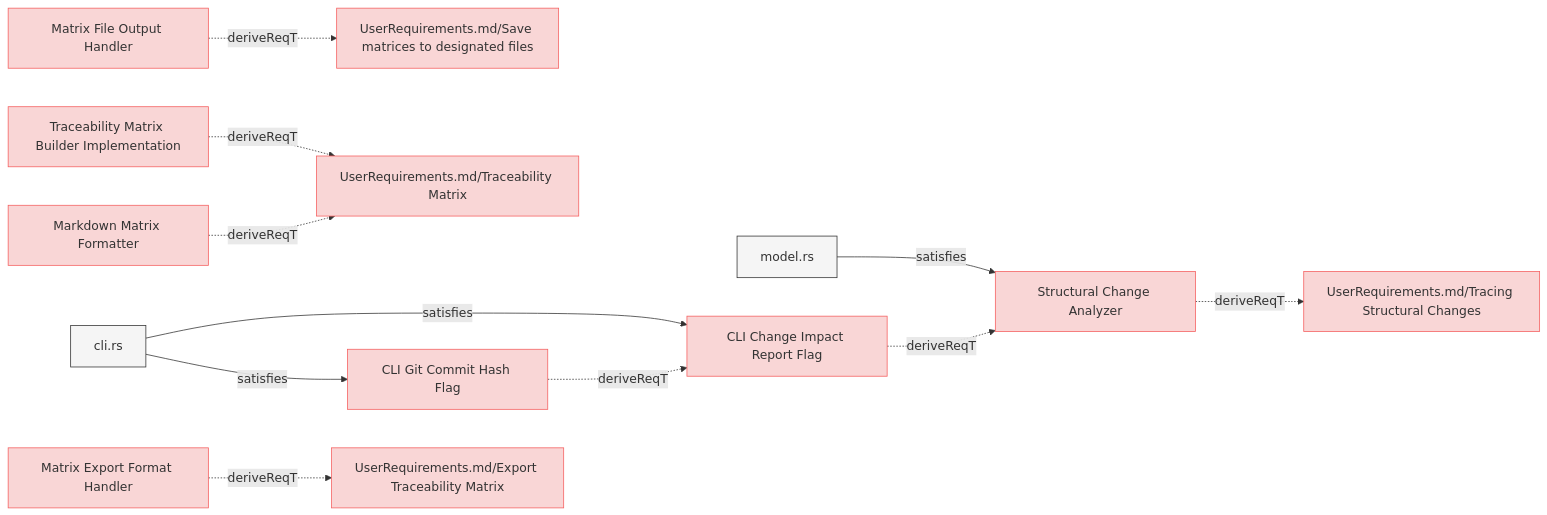
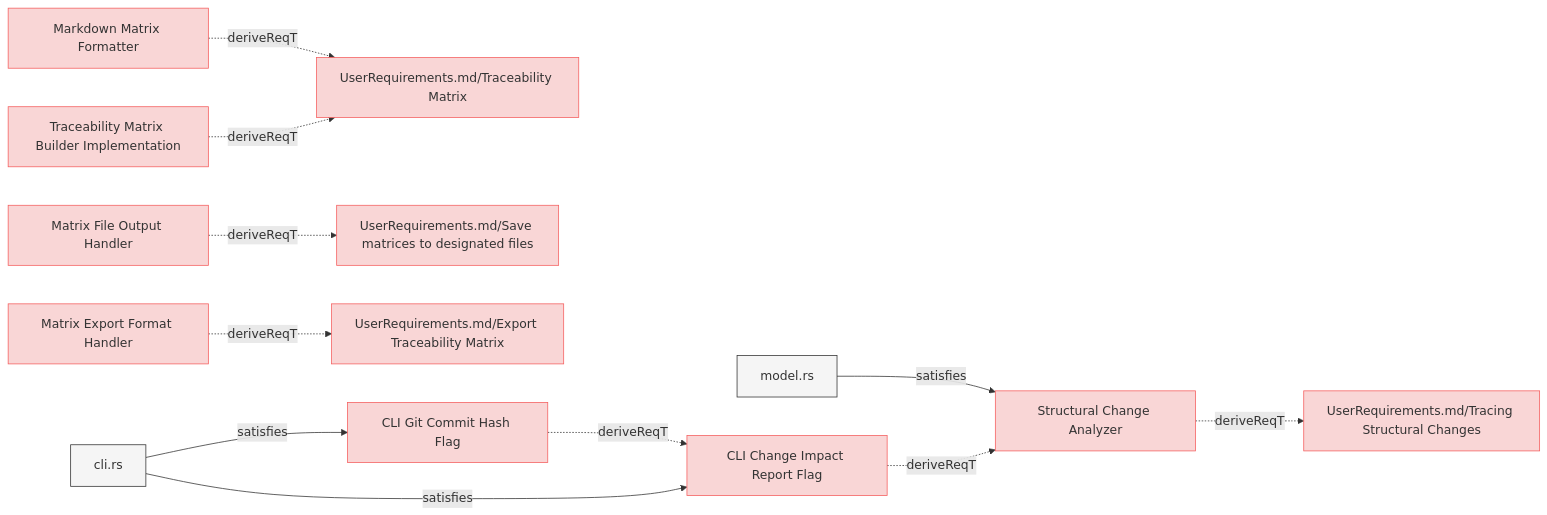
Before and after one commit to reqvire-org/reqvire: the sixth of 8 diagrams in specifications/SystemRequirements/Requirements.md, drawn with Mermaid. The commit also changed other lines of this file and 14 other files, not shown here.

Commit message:
Diagram fixes

````diff
--- a/specifications/SystemRequirements/Requirements.md
+++ b/specifications/SystemRequirements/Requirements.md
@@ -727,58 +727,58 @@
 ```mermaid
 graph LR;
   %% Graph styling
   classDef requirement fill:#f9d6d6,stroke:#f55f5f,stroke-width:1px;
   classDef verification fill:#d6f9d6,stroke:#5fd75f,stroke-width:1px;
   classDef externalLink fill:#d0e0ff,stroke:#3080ff,stroke-width:1px;
   classDef default fill:#f5f5f5,stroke:#333333,stroke-width:1px;
 
   918cc4a26d642f30["Structural Change Analyzer"];
   click 918cc4a26d642f30 "Requirements.md#structural-change-analyzer";
   class 918cc4a26d642f30 requirement;
   91ebf7e73d5ac081["UserRequirements.md/Tracing Structural Changes"];
   class 91ebf7e73d5ac081 requirement;
   click 91ebf7e73d5ac081 "../UserRequirements.md#tracing-structural-changes";
   918cc4a26d642f30 -.->|deriveReqT| 91ebf7e73d5ac081;
   cc976e6bcded86e7["model.rs"];
   class cc976e6bcded86e7 default;
   click cc976e6bcded86e7 "../../core/src/change_impact.rs";
   cc976e6bcded86e7 -->|satisfies| 918cc4a26d642f30;
+  d7e5fbf806d650d9["Markdown Matrix Formatter"];
+  click d7e5fbf806d650d9 "Requirements.md#markdown-matrix-formatter";
+  class d7e5fbf806d650d9 requirement;
+  ba40352f8e72c125["UserRequirements.md/Traceability Matrix"];
+  class ba40352f8e72c125 requirement;
+  click ba40352f8e72c125 "../UserRequirements.md#traceability-matrix";
+  d7e5fbf806d650d9 -.->|deriveReqT| ba40352f8e72c125;
+  5eca866a0338e0fe["Traceability Matrix Builder Implementation"];
+  click 5eca866a0338e0fe "Requirements.md#traceability-matrix-builder-implementation";
+  class 5eca866a0338e0fe requirement;
+  5eca866a0338e0fe -.->|deriveReqT| ba40352f8e72c125;
   83a2343e97857828["Matrix File Output Handler"];
   click 83a2343e97857828 "Requirements.md#matrix-file-output-handler";
   class 83a2343e97857828 requirement;
   c4b025f6ac8438c7["UserRequirements.md/Save matrices to designated files"];
   class c4b025f6ac8438c7 requirement;
   click c4b025f6ac8438c7 "../UserRequirements.md#save-matrices-to-designated-files";
   83a2343e97857828 -.->|deriveReqT| c4b025f6ac8438c7;
-  5eca866a0338e0fe["Traceability Matrix Builder Implementation"];
-  click 5eca866a0338e0fe "Requirements.md#traceability-matrix-builder-implementation";
-  class 5eca866a0338e0fe requirement;
-  ba40352f8e72c125["UserRequirements.md/Traceability Matrix"];
-  class ba40352f8e72c125 requirement;
-  click ba40352f8e72c125 "../UserRequirements.md#traceability-matrix";
-  5eca866a0338e0fe -.->|deriveReqT| ba40352f8e72c125;
-  665b7456c9b61ded["CLI Change Impact Report Flag"];
-  click 665b7456c9b61ded "Requirements.md#cli-change-impact-report-flag";
-  class 665b7456c9b61ded requirement;
-  665b7456c9b61ded -.->|deriveReqT| 918cc4a26d642f30;
-  11ffc4632afd7c4c["cli.rs"];
-  class 11ffc4632afd7c4c default;
-  click 11ffc4632afd7c4c "../../cli/src/cli.rs";
-  11ffc4632afd7c4c -->|satisfies| 665b7456c9b61ded;
-  b8b40184613535c1["CLI Git Commit Hash Flag"];
-  click b8b40184613535c1 "Requirements.md#cli-git-commit-hash-flag";
-  class b8b40184613535c1 requirement;
-  b8b40184613535c1 -.->|deriveReqT| 665b7456c9b61ded;
-  11ffc4632afd7c4c -->|satisfies| b8b40184613535c1;
   8897111f9b3656ce["Matrix Export Format Handler"];
   click 8897111f9b3656ce "Requirements.md#matrix-export-format-handler";
   class 8897111f9b3656ce requirement;
   4b7b4328173caada["UserRequirements.md/Export Traceability Matrix"];
   class 4b7b4328173caada requirement;
   click 4b7b4328173caada "../UserRequirements.md#export-traceability-matrix";
   8897111f9b3656ce -.->|deriveReqT| 4b7b4328173caada;
-  d7e5fbf806d650d9["Markdown Matrix Formatter"];
-  click d7e5fbf806d650d9 "Requirements.md#markdown-matrix-formatter";
-  class d7e5fbf806d650d9 requirement;
-  d7e5fbf806d650d9 -.->|deriveReqT| ba40352f8e72c125;
+  b8b40184613535c1["CLI Git Commit Hash Flag"];
+  click b8b40184613535c1 "Requirements.md#cli-git-commit-hash-flag";
+  class b8b40184613535c1 requirement;
+  665b7456c9b61ded["CLI Change Impact Report Flag"];
+  class 665b7456c9b61ded requirement;
+  click 665b7456c9b61ded "Requirements.md#cli-change-impact-report-flag";
+  b8b40184613535c1 -.->|deriveReqT| 665b7456c9b61ded;
+  11ffc4632afd7c4c["cli.rs"];
+  class 11ffc4632afd7c4c default;
+  click 11ffc4632afd7c4c "../../cli/src/cli.rs";
+  11ffc4632afd7c4c -->|satisfies| b8b40184613535c1;
+  665b7456c9b61ded -.->|deriveReqT| 918cc4a26d642f30;
+  11ffc4632afd7c4c -->|satisfies| 665b7456c9b61ded;
 ```
````
